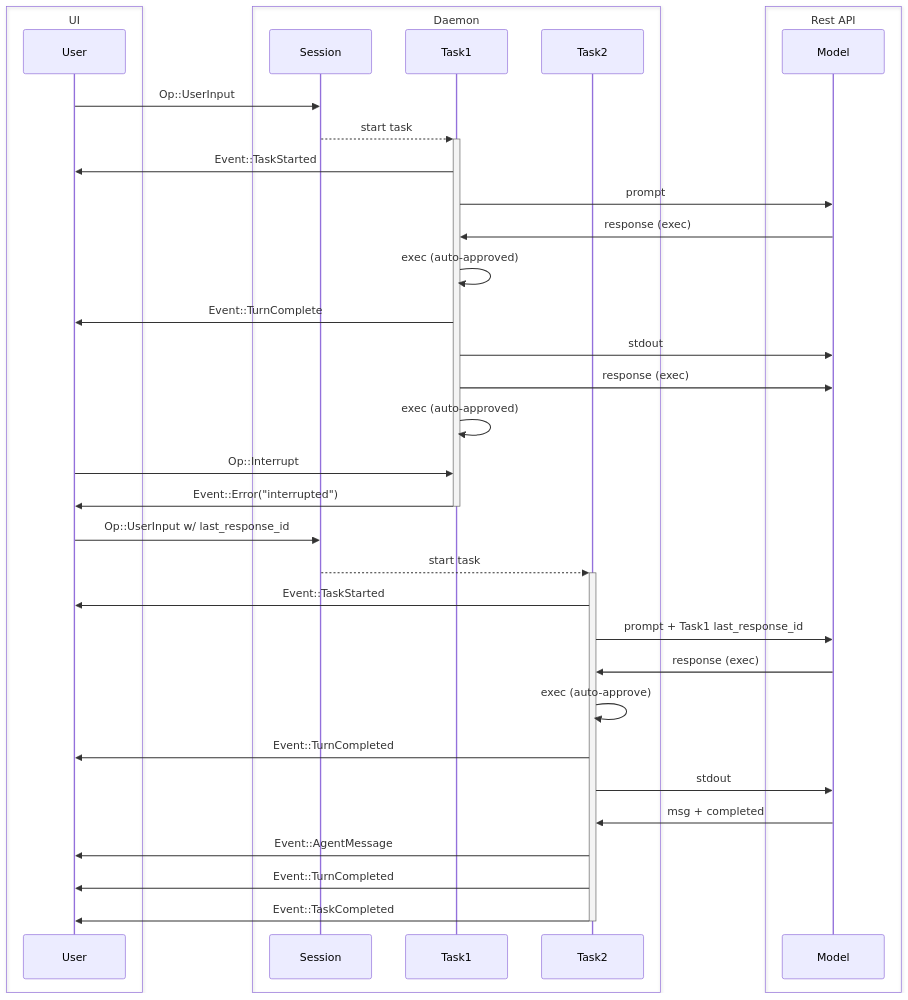
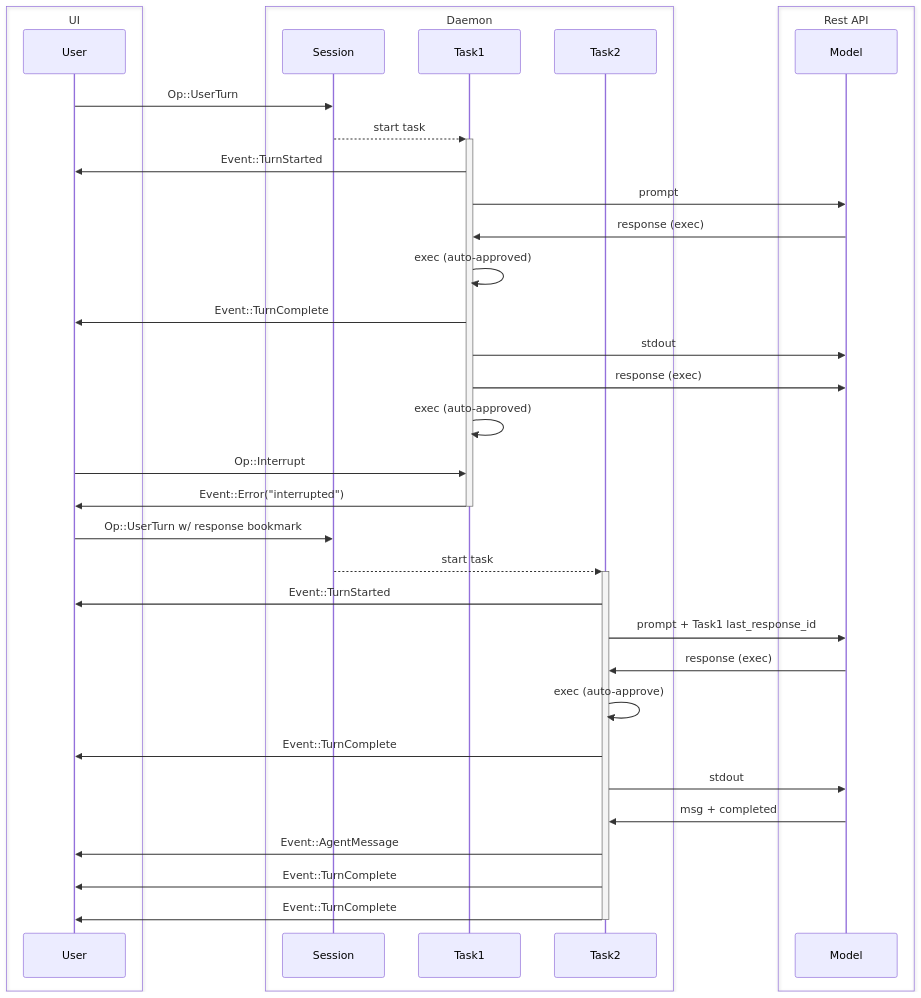
The second of 2 diagrams in codex-rs/docs/protocol_v1.md (hanzoai/dev), drawn with Mermaid before and after one commit. The commit also changed other lines of this file and 6998 other files, not shown here.

````diff
--- a/codex-rs/docs/protocol_v1.md
+++ b/codex-rs/docs/protocol_v1.md
@@ -135,38 +158,38 @@
 ```mermaid
 sequenceDiagram
     box UI
     participant user as User
     end
     box Daemon
     participant session as Session
     participant task1 as Task1
     participant task2 as Task2
     end
     box Rest API
     participant agent as Model
     end
-    user->>session: Op::UserInput
+    user->>session: Op::UserTurn
     session-->>+task1: start task
-    task1->>user: Event::TaskStarted
+    task1->>user: Event::TurnStarted
     task1->>agent: prompt
     agent->>task1: response (exec)
     task1->>task1: exec (auto-approved)
     task1->>user: Event::TurnComplete
     task1->>agent: stdout
     task1->>agent: response (exec)
     task1->>task1: exec (auto-approved)
     user->>task1: Op::Interrupt
     task1->>-user: Event::Error("interrupted")
-    user->>session: Op::UserInput w/ last_response_id
+    user->>session: Op::UserTurn w/ response bookmark
     session-->>+task2: start task
-    task2->>user: Event::TaskStarted
+    task2->>user: Event::TurnStarted
     task2->>agent: prompt + Task1 last_response_id
     agent->>task2: response (exec)
     task2->>task2: exec (auto-approve)
-    task2->>user: Event::TurnCompleted
+    task2->>user: Event::TurnComplete
     task2->>agent: stdout
     agent->>task2: msg + completed
     task2->>user: Event::AgentMessage
-    task2->>user: Event::TurnCompleted
-    task2->>-user: Event::TaskCompleted
+    task2->>user: Event::TurnComplete
+    task2->>-user: Event::TurnComplete
 ```
````
